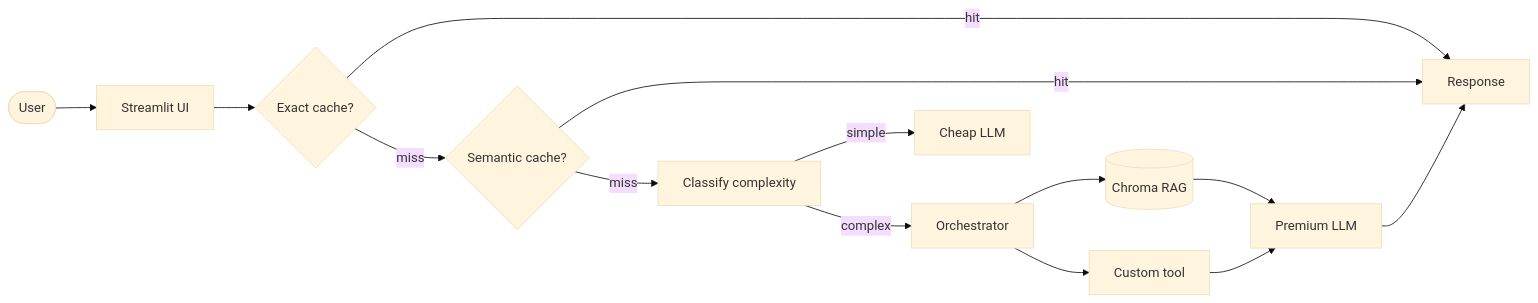
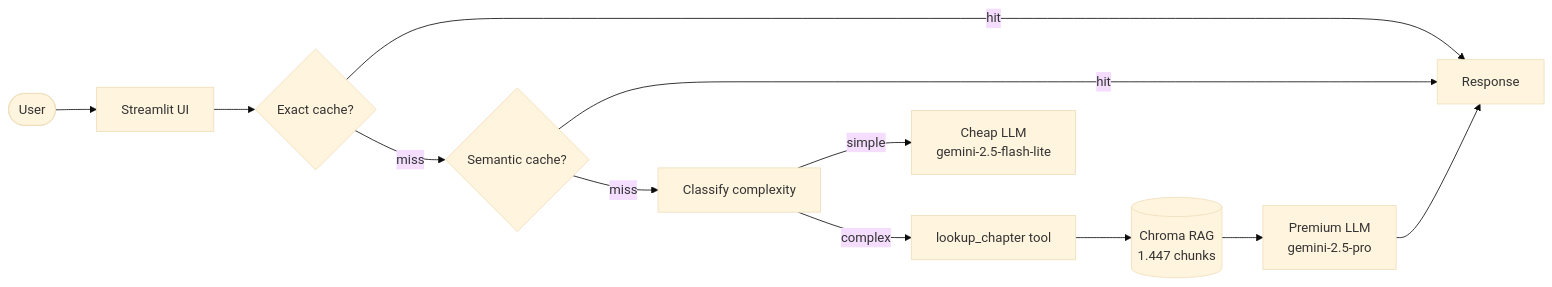
Before and after one commit to cavalcanteprofissional/pro-git-qa-bot: the diagram in README.md, drawn with Mermaid (base theme). The commit also changed other lines of this file and 2 other files, not shown here.

````diff
--- a/README.md
+++ b/README.md
@@ -19,16 +17,14 @@
 ```mermaid
 flowchart LR
     USER([User]) --> UI[Streamlit UI]
-    UI --> CACHE{Exact cache?}
-    CACHE -->|hit| RESP[Response]
-    CACHE -->|miss| SEM{Semantic cache?}
+    UI --> EXACT{Exact cache?}
+    EXACT -->|hit| RESP[Response]
+    EXACT -->|miss| SEM{Semantic cache?}
     SEM -->|hit| RESP
     SEM -->|miss| CLS[Classify complexity]
-    CLS -->|simple| CHEAP[Cheap LLM]
-    CLS -->|complex| ORCH[Orchestrator]
-    ORCH --> RAG[(Chroma RAG)]
-    ORCH --> TOOL[Custom tool]
-    RAG --> PREMIUM[Premium LLM]
-    TOOL --> PREMIUM
+    CLS -->|simple| CHEAP[Cheap LLM<br>gemini-2.5-flash-lite]
+    CLS -->|complex| TOOL[lookup_chapter tool]
+    TOOL --> RAG[(Chroma RAG<br>1.447 chunks)]
+    RAG --> PREMIUM[Premium LLM<br>gemini-2.5-pro]
     PREMIUM --> RESP
 ```
````
